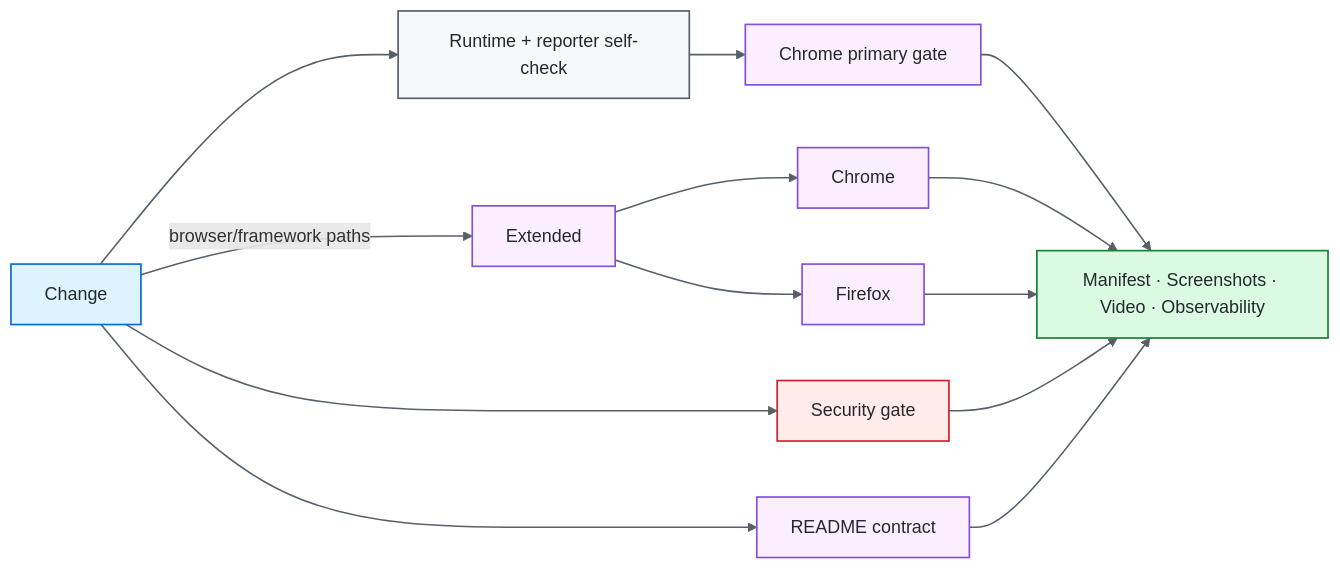
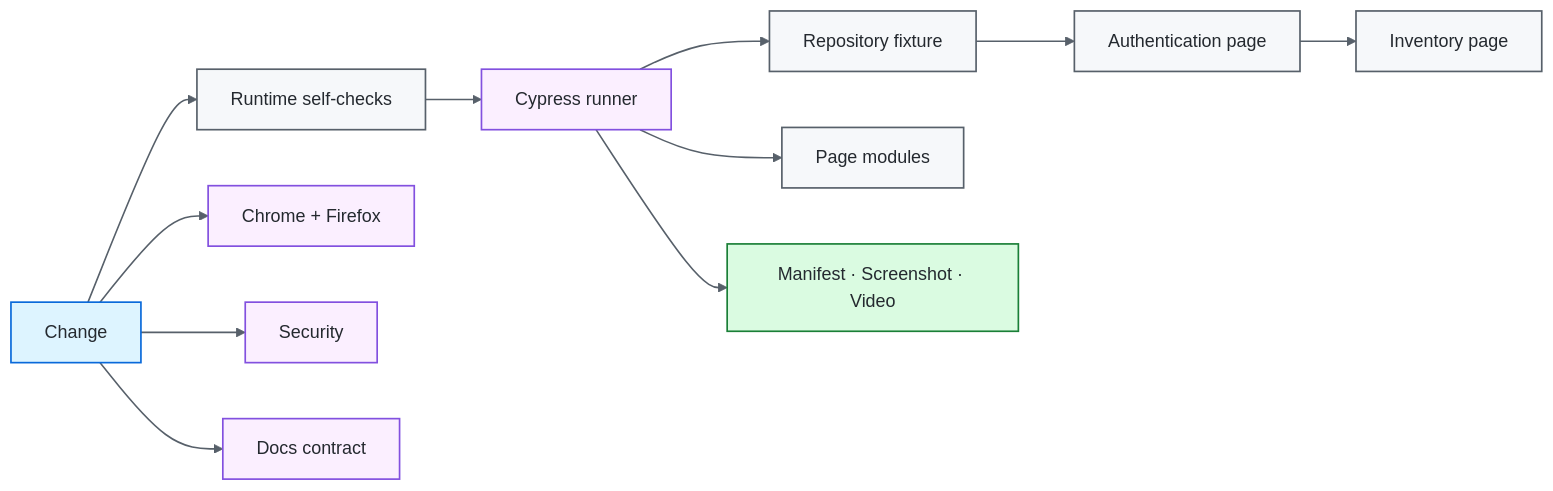
The diagram in README.md (portyu9/qa-automation-ui-cypress), drawn with Mermaid before and after one commit. The commit also changed other lines of this file and 12 other files, not shown here.

First line of the commit message:
Make Cypress CI deterministic with repository-owned fixture (#16)

````diff
--- a/README.md
+++ b/README.md
@@ -34,27 +35,23 @@
 ```mermaid
 flowchart LR
-    CHANGE[Change] --> CFG[Runtime + reporter self-check]
-    CFG --> CH[Chrome primary gate]
-    CHANGE --> SEC[Security gate]
-    CHANGE --> DOCS[README contract]
-    CHANGE -->|browser/framework paths| EXT[Extended]
-    EXT --> C[Chrome]
-    EXT --> F[Firefox]
-    CH --> EV[Manifest · Screenshots · Video · Observability]
-    C --> EV
-    F --> EV
-    SEC --> EV
-    DOCS --> EV
+    CHANGE[Change] --> CFG[Runtime self-checks]
+    CFG --> CYP[Cypress runner]
+    CYP --> FIX[Repository fixture]
+    FIX --> AUTH[Authentication page]
+    AUTH --> INV[Inventory page]
+    CYP --> PAGE[Page modules]
+    CYP --> EV[Manifest · Screenshot · Video]
+    CHANGE --> EXT[Chrome + Firefox]
+    CHANGE --> SEC[Security]
+    CHANGE --> DOCS[Docs contract]
 
     classDef entry fill:#ddf4ff,stroke:#0969da,color:#24292f,stroke-width:1.5px;
     classDef core fill:#f6f8fa,stroke:#57606a,color:#24292f,stroke-width:1.5px;
     classDef gate fill:#fbefff,stroke:#8250df,color:#24292f,stroke-width:1.5px;
     classDef evidence fill:#dafbe1,stroke:#1a7f37,color:#24292f,stroke-width:1.5px;
-    classDef security fill:#ffebe9,stroke:#cf222e,color:#24292f,stroke-width:1.5px;
     class CHANGE entry;
-    class CFG core;
-    class CH,EXT,C,F,DOCS gate;
-    class SEC security;
+    class CFG,FIX,AUTH,INV,PAGE core;
+    class CYP,EXT,SEC,DOCS gate;
     class EV evidence;
     linkStyle default stroke:#57606a,stroke-width:1.4px;
 ```
````
